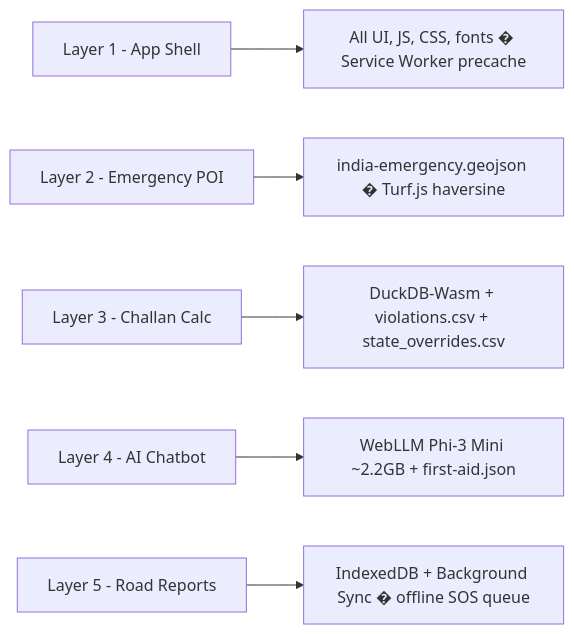
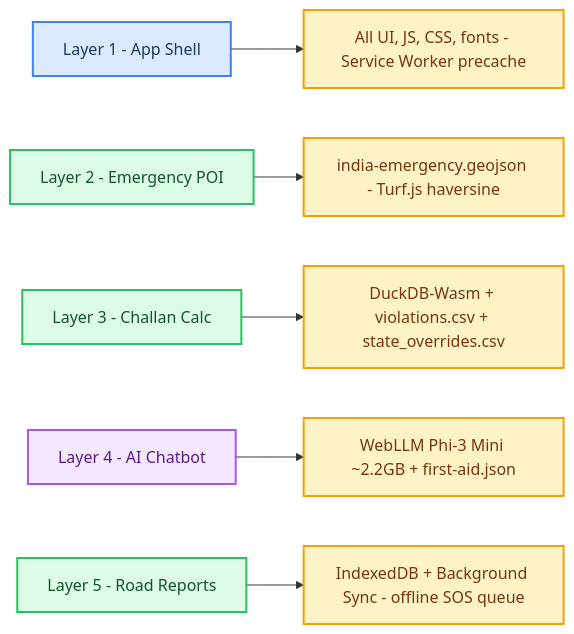
The seventh of 11 diagrams in docs/architecture/Architecture.md (SafeVixAI/SafeVixAI), drawn with Mermaid before and after one commit. The commit also changed other lines of this file and 85 other files, not shown here.

Commit message:
docs: Fix Mermaid diagrams, resolve relative link warnings, and ensure clean mkdocs build

````diff
--- a/docs/architecture/Architecture.md
+++ b/docs/architecture/Architecture.md
@@ -504,8 +538,17 @@
 ```mermaid
 graph LR
-    L1[Layer 1 - App Shell] --> L1D["All UI, JS, CSS, fonts � Service Worker precache"]
-    L2[Layer 2 - Emergency POI] --> L2D["india-emergency.geojson � Turf.js haversine"]
-    L3[Layer 3 - Challan Calc] --> L3D["DuckDB-Wasm + violations.csv + state_overrides.csv"]
-    L4[Layer 4 - AI Chatbot] --> L4D["WebLLM Phi-3 Mini ~2.2GB + first-aid.json"]
-    L5[Layer 5 - Road Reports] --> L5D["IndexedDB + Background Sync � offline SOS queue"]
+    classDef edge fill:#dbeafe,stroke:#3b82f6,stroke-width:2px,color:#1e3a5f
+    classDef control fill:#dcfce7,stroke:#22c55e,stroke-width:2px,color:#14532d
+    classDef ai fill:#f3e8ff,stroke:#a855f7,stroke-width:2px,color:#581c87
+    classDef data fill:#fef3c7,stroke:#f59e0b,stroke-width:2px,color:#78350f
+    classDef security fill:#fee2e2,stroke:#ef4444,stroke-width:2px,color:#7f1d1d
+    classDef external fill:#f1f5f9,stroke:#94a3b8,stroke-width:2px,stroke-dasharray:5 5,color:#334155
+    classDef decision fill:#e0e7ff,stroke:#6366f1,stroke-width:2px,color:#312e81
+    classDef success fill:#d1fae5,stroke:#10b981,stroke-width:2px,color:#064e3b
+
+    L1["Layer 1 - App Shell"]:::edge --> L1D["All UI, JS, CSS, fonts - Service Worker precache"]:::data
+    L2["Layer 2 - Emergency POI"]:::control --> L2D["india-emergency.geojson - Turf.js haversine"]:::data
+    L3["Layer 3 - Challan Calc"]:::control --> L3D["DuckDB-Wasm + violations.csv + state_overrides.csv"]:::data
+    L4["Layer 4 - AI Chatbot"]:::ai --> L4D["WebLLM Phi-3 Mini ~2.2GB + first-aid.json"]:::data
+    L5["Layer 5 - Road Reports"]:::control --> L5D["IndexedDB + Background Sync - offline SOS queue"]:::data
 ```
````
